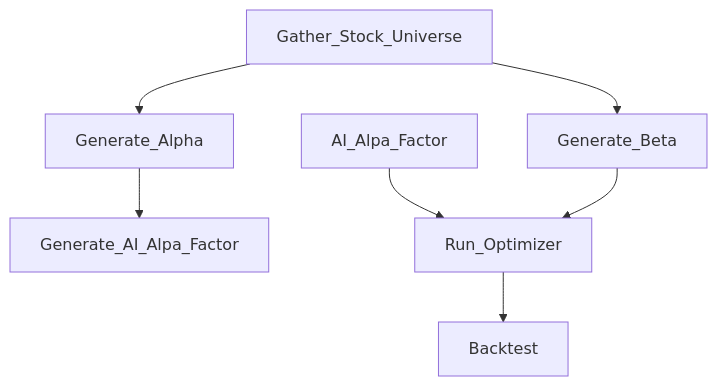
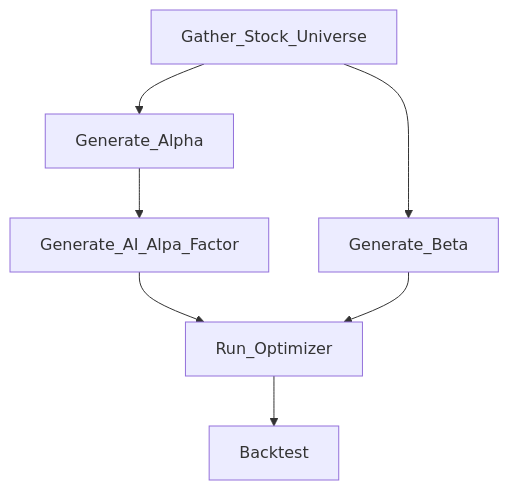
The diagram in README.md (nmaiorana/svi-trading-tools), drawn with Mermaid before and after one commit.

````diff
--- a/README.md
+++ b/README.md
@@ -12,10 +12,10 @@
 ```mermaid
 
   graph TD;
       Gather_Stock_Universe-->Generate_Alpha;
       Gather_Stock_Universe-->Generate_Beta;
       Generate_Alpha-->Generate_AI_Alpa_Factor;
-      AI_Alpa_Factor-->Run_Optimizer;
+      Generate_AI_Alpa_Factor-->Run_Optimizer;
       Generate_Beta-->Run_Optimizer;
       Run_Optimizer-->Backtest;
 ```
````
